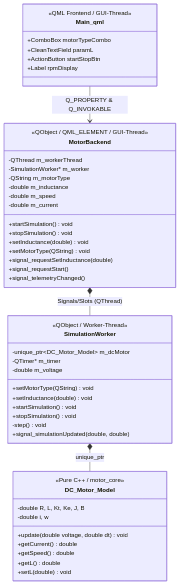
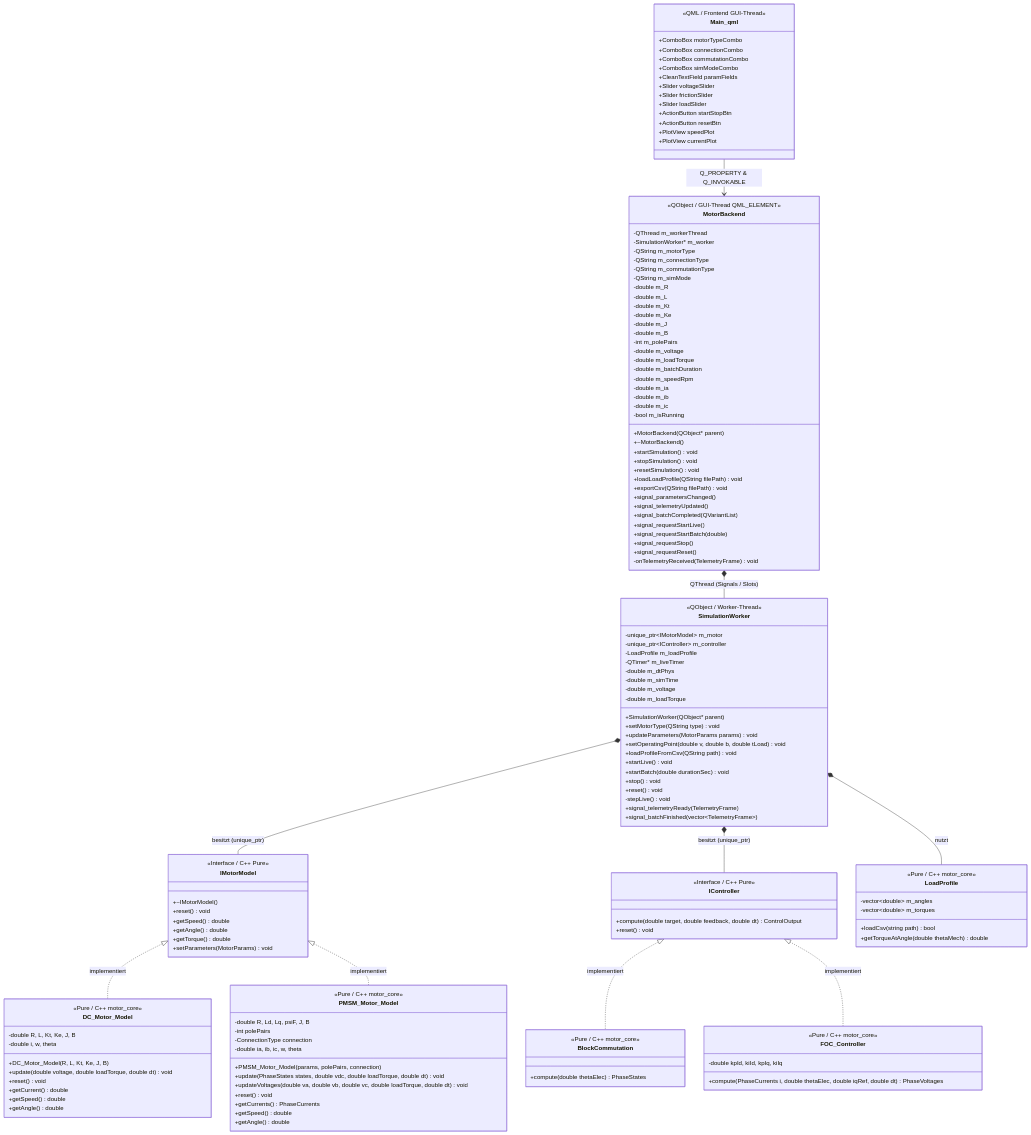
The first of 2 diagrams in docs/architecture.md (fere007/Motor_Application), drawn with Mermaid before and after one commit. The commit also changed other lines of this file, not shown here.

Commit message:
updated architecture goal of this software

````diff
--- a/docs/architecture.md
+++ b/docs/architecture.md
@@ -3,55 +24,154 @@
     direction TB
 
     class Main_qml {
-        <<QML Frontend / GUI-Thread>>
+        <<QML / Frontend GUI-Thread>>
         +ComboBox motorTypeCombo
-        +CleanTextField paramL
+        +ComboBox connectionCombo
+        +ComboBox commutationCombo
+        +ComboBox simModeCombo
+        +CleanTextField paramFields
+        +Slider voltageSlider
+        +Slider frictionSlider
+        +Slider loadSlider
         +ActionButton startStopBtn
-        +Label rpmDisplay
+        +ActionButton resetBtn
+        +PlotView speedPlot
+        +PlotView currentPlot
     }
 
     class MotorBackend {
-        <<QObject / QML_ELEMENT / GUI-Thread>>
+        <<QObject / GUI-Thread QML_ELEMENT>>
         -QThread m_workerThread
         -SimulationWorker* m_worker
         -QString m_motorType
-        -double m_inductance
-        -double m_speed
-        -double m_current
+        -QString m_connectionType
+        -QString m_commutationType
+        -QString m_simMode
+        -double m_R
+        -double m_L
+        -double m_Kt
+        -double m_Ke
+        -double m_J
+        -double m_B
+        -int m_polePairs
+        -double m_voltage
+        -double m_loadTorque
+        -double m_batchDuration
+        -double m_speedRpm
+        -double m_ia
+        -double m_ib
+        -double m_ic
+        -bool m_isRunning
+        +MotorBackend(QObject* parent)
+        +~MotorBackend()
         +startSimulation() void
         +stopSimulation() void
-        +setInductance(double) void
-        +setMotorType(QString) void
-        +signal_requestSetInductance(double)
-        +signal_requestStart()
-        +signal_telemetryChanged()
+        +resetSimulation() void
+        +loadLoadProfile(QString filePath) void
+        +exportCsv(QString filePath) void
+        +signal_parametersChanged()
+        +signal_telemetryUpdated()
+        +signal_batchCompleted(QVariantList)
+        +signal_requestStartLive()
+        +signal_requestStartBatch(double)
+        +signal_requestStop()
+        +signal_requestReset()
+        -onTelemetryReceived(TelemetryFrame) void
     }
 
     class SimulationWorker {
         <<QObject / Worker-Thread>>
-        -unique_ptr~DC_Motor_Model~ m_dcMotor
-        -QTimer* m_timer
+        -unique_ptr~IMotorModel~ m_motor
+        -unique_ptr~IController~ m_controller
+        -LoadProfile m_loadProfile
+        -QTimer* m_liveTimer
+        -double m_dtPhys
+        -double m_simTime
         -double m_voltage
-        +setMotorType(QString) void
-        +setInductance(double) void
-        +startSimulation() void
-        +stopSimulation() void
-        -step() void
-        +signal_simulationUpdated(double, double)
+        -double m_loadTorque
+        +SimulationWorker(QObject* parent)
+        +setMotorType(QString type) void
+        +updateParameters(MotorParams params) void
+        +setOperatingPoint(double v, double b, double tLoad) void
+        +loadProfileFromCsv(QString path) void
+        +startLive() void
+        +startBatch(double durationSec) void
+        +stop() void
+        +reset() void
+        -stepLive() void
+        +signal_telemetryReady(TelemetryFrame)
+        +signal_batchFinished(vector~TelemetryFrame~)
+    }
+
+    class IMotorModel {
+        <<Interface / C++ Pure>>
+        +~IMotorModel()
+        +reset() void
+        +getSpeed() double
+        +getAngle() double
+        +getTorque() double
+        +setParameters(MotorParams) void
     }
 
     class DC_Motor_Model {
-        <<Pure C++ / motor_core>>
+        <<Pure / C++ motor_core>>
         -double R, L, Kt, Ke, J, B
-        -double i, w
-        +update(double voltage, double dt) void
+        -double i, w, theta
+        +DC_Motor_Model(R, L, Kt, Ke, J, B)
+        +update(double voltage, double loadTorque, double dt) void
+        +reset() void
         +getCurrent() double
         +getSpeed() double
-        +getL() double
-        +setL(double) void
+        +getAngle() double
+    }
+
+    class PMSM_Motor_Model {
+        <<Pure / C++ motor_core>>
+        -double R, Ld, Lq, psiF, J, B
+        -int polePairs
+        -ConnectionType connection
+        -double ia, ib, ic, w, theta
+        +PMSM_Motor_Model(params, polePairs, connection)
+        +update(PhaseStates states, double vdc, double loadTorque, double dt) void
+        +updateVoltages(double va, double vb, double vc, double loadTorque, double dt) void
+        +reset() void
+        +getCurrents() PhaseCurrents
+        +getSpeed() double
+        +getAngle() double
+    }
+
+    class IController {
+        <<Interface / C++ Pure>>
+        +compute(double target, double feedback, double dt) ControlOutput
+        +reset() void
+    }
+
+    class BlockCommutation {
+        <<Pure / C++ motor_core>>
+        +compute(double thetaElec) PhaseStates
+    }
+
+    class FOC_Controller {
+        <<Pure / C++ motor_core>>
+        -double kpId, kiId, kpIq, kiIq
+        +compute(PhaseCurrents i, double thetaElec, double iqRef, double dt) PhaseVoltages
+    }
+
+    class LoadProfile {
+        <<Pure / C++ motor_core>>
+        -vector~double~ m_angles
+        -vector~double~ m_torques
+        +loadCsv(string path) bool
+        +getTorqueAtAngle(double thetaMech) double
     }
 
     Main_qml --> MotorBackend : Q_PROPERTY & Q_INVOKABLE
-    MotorBackend *-- SimulationWorker : Signals/Slots (QThread)
-    SimulationWorker *-- DC_Motor_Model : unique_ptr
+    MotorBackend *-- SimulationWorker : QThread (Signals / Slots)
+    SimulationWorker *-- IMotorModel : besitzt (unique_ptr)
+    SimulationWorker *-- IController : besitzt (unique_ptr)
+    SimulationWorker *-- LoadProfile : nutzt
+    IMotorModel <|.. DC_Motor_Model : implementiert
+    IMotorModel <|.. PMSM_Motor_Model : implementiert
+    IController <|.. BlockCommutation : implementiert
+    IController <|.. FOC_Controller : implementiert
 ```
````
